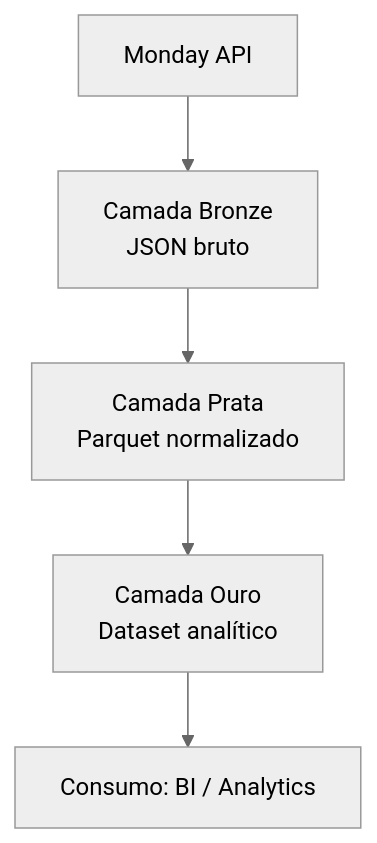
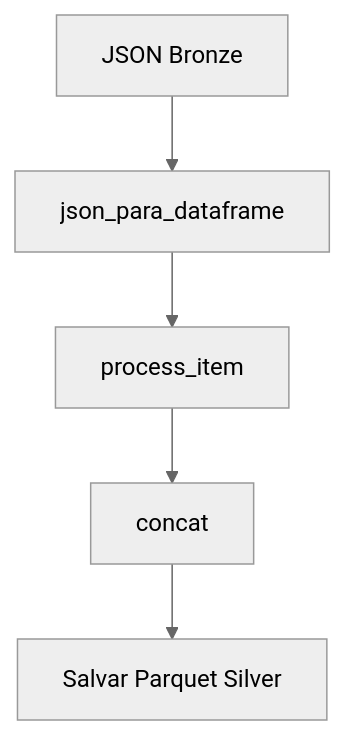
One commit to leonardofujisimayada/umane-datalake changed the third of 5 diagrams in README.md. Above: the diagram before and after it, drawn with Mermaid (neutral theme). The commit also changed other lines of this file, not shown here.

````diff
--- a/README.md
+++ b/README.md
@@ -20,7 +113,7 @@
 ```mermaid
 flowchart TD
-    A[Monday API] --> B[Camada Bronze<br>JSON bruto]
-    B --> C[Camada Prata<br>Parquet normalizado]
-    C --> D[Camada Ouro<br>Dataset analítico]
-    D --> E[Consumo: BI / Analytics]
+A[JSON Bronze] --> B[json_para_dataframe]
+B --> C[process_item]
+C --> D[concat]
+D --> E[Salvar Parquet Silver]
 ```
````
